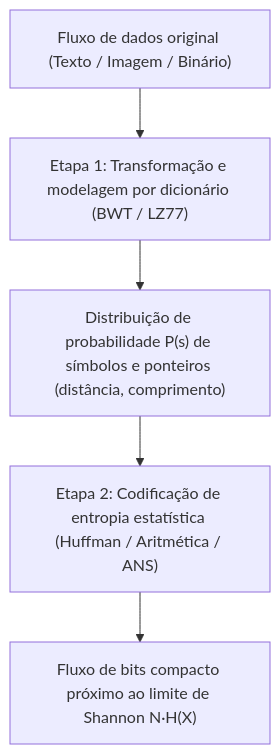
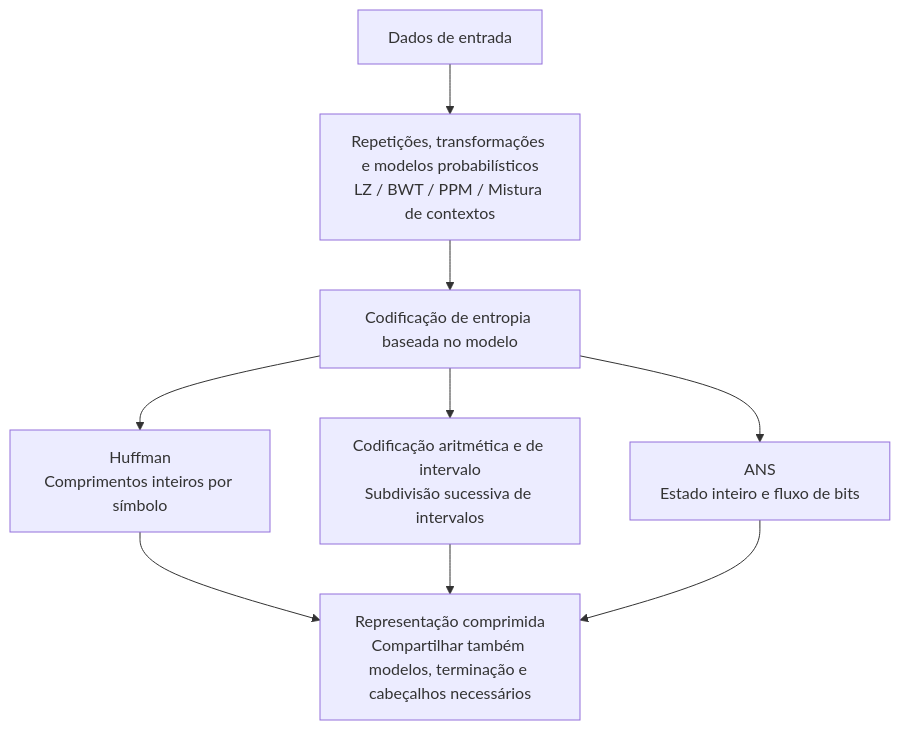
Before and after one commit to kenjinote/blog: the first of 2 diagrams in content/post/lossless-data-compression-shannon-entropy-huffman-lz77-arithmetic-coding-ans/index.pt.md, drawn with Mermaid. The commit also changed other lines of this file and 8 other files, not shown here.

````diff
--- a/content/post/lossless-data-compression-shannon-entropy-huffman-lz77-arithmetic-coding-ans/index.pt.md
+++ b/content/post/lossless-data-compression-shannon-entropy-huffman-lz77-arithmetic-coding-ans/index.pt.md
@@ -53,7 +148,11 @@
 ```mermaid
 flowchart TD
-    A["Fluxo de dados original (Texto / Imagem / Binário)"] --> B["Etapa 1: Transformação e modelagem por dicionário (BWT / LZ77)"]
-    B --> C["Distribuição de probabilidade P(s) de símbolos e ponteiros (distância, comprimento)"]
-    C --> D["Etapa 2: Codificação de entropia estatística (Huffman / Aritmética / ANS)"]
-    D --> E["Fluxo de bits compacto próximo ao limite de Shannon N·H(X)"]
+    Raw["Dados de entrada"] --> Model["Repetições, transformações e modelos probabilísticos<br/>LZ / BWT / PPM / Mistura de contextos"]
+    Model --> Entropy["Codificação de entropia baseada no modelo"]
+    Entropy --> Huff["Huffman<br/>Comprimentos inteiros por símbolo"]
+    Entropy --> Arithmetic["Codificação aritmética e de intervalo<br/>Subdivisão sucessiva de intervalos"]
+    Entropy --> ANS["ANS<br/>Estado inteiro e fluxo de bits"]
+    Huff --> Out["Representação comprimida<br/>Compartilhar também modelos, terminação e cabeçalhos necessários"]
+    Arithmetic --> Out
+    ANS --> Out
 ```
````
